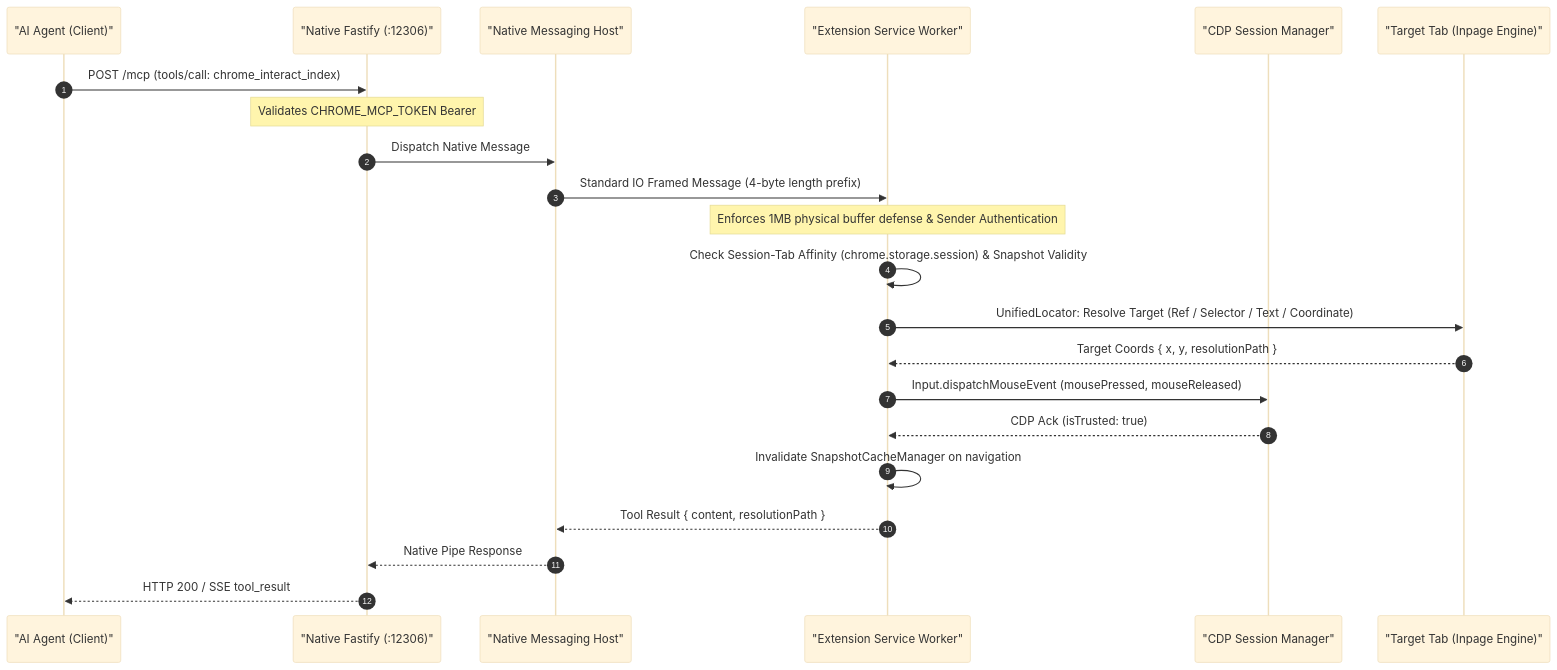
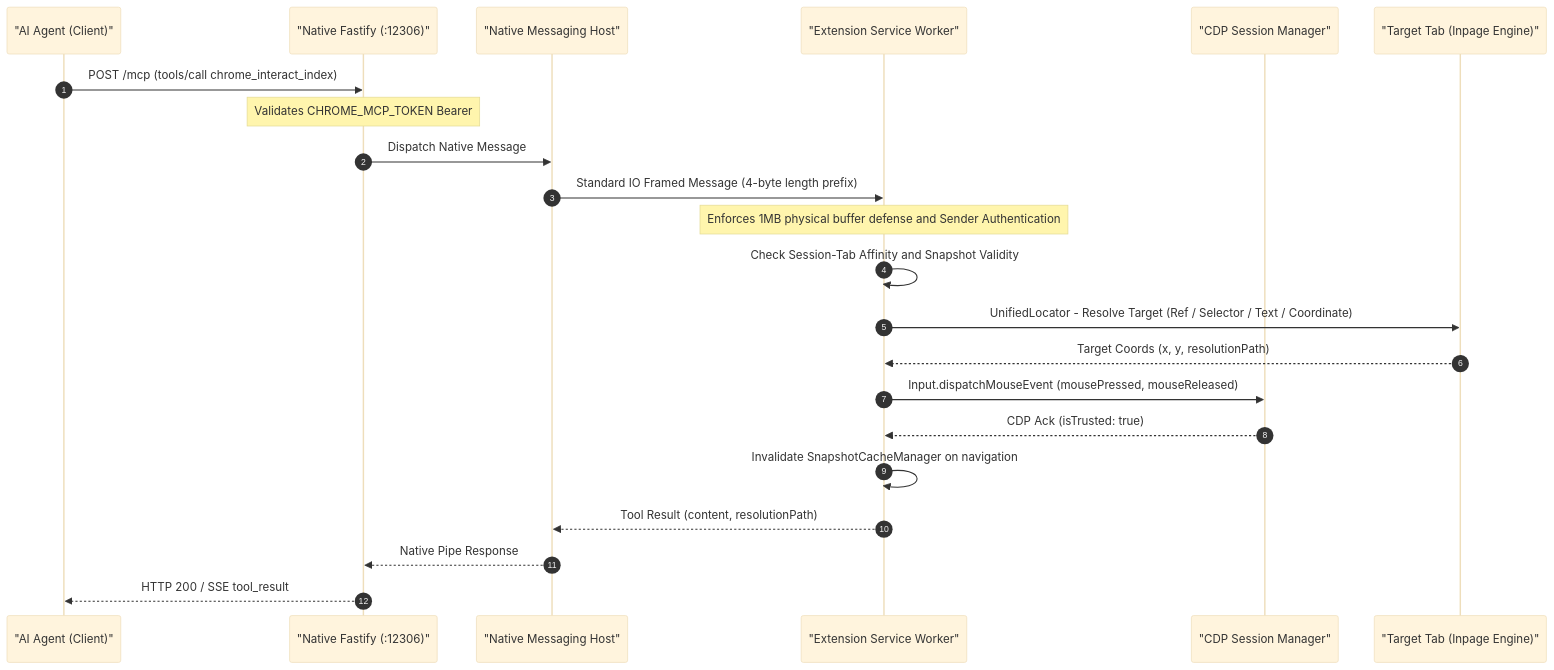
The third of 4 diagrams in docs/ARCHITECTURE.md (GoldenLoaf24h/browserclaw), drawn with Mermaid (base theme) before and after one commit. The commit also changed other lines of this file, not shown here.

Commit message:
docs: fix Mermaid syntax in sequence diagrams by removing semicolons

````diff
--- a/docs/ARCHITECTURE.md
+++ b/docs/ARCHITECTURE.md
@@ -101,25 +101,25 @@
 ```mermaid
 sequenceDiagram
     autonumber
     participant Agent as "AI Agent (Client)"
     participant Fastify as "Native Fastify (:12306)"
     participant Host as "Native Messaging Host"
     participant SW as "Extension Service Worker"
     participant CDP as "CDP Session Manager"
     participant InPage as "Target Tab (Inpage Engine)"
 
-    Agent->>Fastify: POST /mcp (tools/call: chrome_interact_index)
+    Agent->>Fastify: POST /mcp (tools/call chrome_interact_index)
     Note over Fastify: Validates CHROME_MCP_TOKEN Bearer
     Fastify->>Host: Dispatch Native Message
     Host->>SW: Standard IO Framed Message (4-byte length prefix)
-    Note over SW: Enforces 1MB physical buffer defense & Sender Authentication
-    SW->>SW: Check Session-Tab Affinity (chrome.storage.session) & Snapshot Validity
-    SW->>InPage: UnifiedLocator: Resolve Target (Ref / Selector / Text / Coordinate)
-    InPage-->>SW: Target Coords { x, y, resolutionPath }
+    Note over SW: Enforces 1MB physical buffer defense and Sender Authentication
+    SW->>SW: Check Session-Tab Affinity and Snapshot Validity
+    SW->>InPage: UnifiedLocator - Resolve Target (Ref / Selector / Text / Coordinate)
+    InPage-->>SW: Target Coords (x, y, resolutionPath)
     SW->>CDP: Input.dispatchMouseEvent (mousePressed, mouseReleased)
     CDP-->>SW: CDP Ack (isTrusted: true)
     SW->>SW: Invalidate SnapshotCacheManager on navigation
-    SW-->>Host: Tool Result { content, resolutionPath }
+    SW-->>Host: Tool Result (content, resolutionPath)
     Host-->>Fastify: Native Pipe Response
     Fastify-->>Agent: HTTP 200 / SSE tool_result
 ```
````
